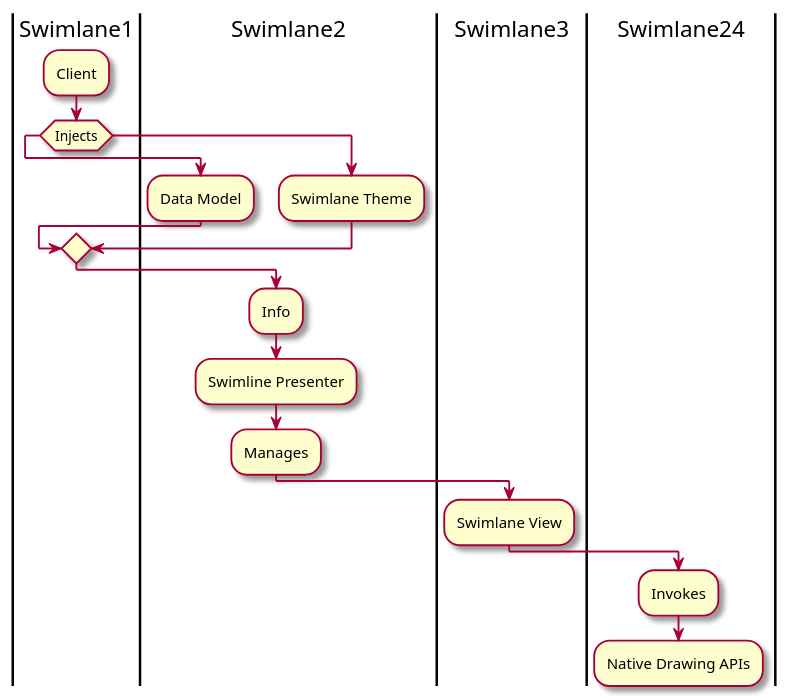
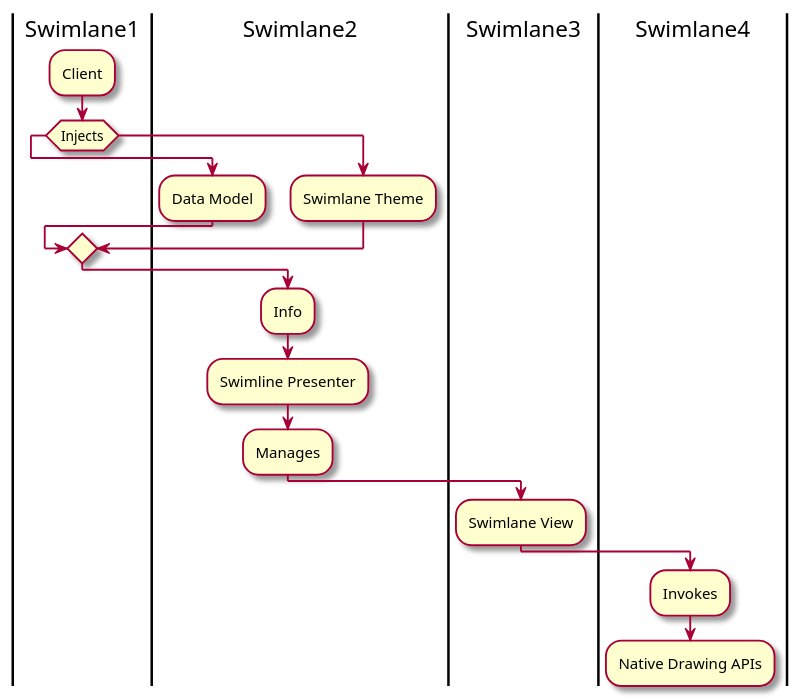
The diagram in diagrams/LandscapeSwimlaneDesignUML.puml (vl1021/pumlcharts), drawn with PlantUML before and after one commit. The commit also changed 1 other file, not shown here.

Commit message:
Swimlane changes

```diff
--- a/diagrams/LandscapeSwimlaneDesignUML.puml
+++ b/diagrams/LandscapeSwimlaneDesignUML.puml
@@ -1,20 +1,20 @@
 @startuml
 skin rose
-|Swimlane1|
+| Swimlane1 |
 :Client;
-if (Injects)
+if (Injects) then ( )
 |Swimlane2|
 :Data Model;
-else
+else ( )
 :Swimlane Theme;
-endif
+endif 
 :Info;
 :Swimline Presenter;
 :Manages;
 |Swimlane3|
 :Swimlane View;
-|Swimlane24|
+|Swimlane4|
 :Invokes;
 :Native Drawing APIs;
 kill
 @enduml
```
